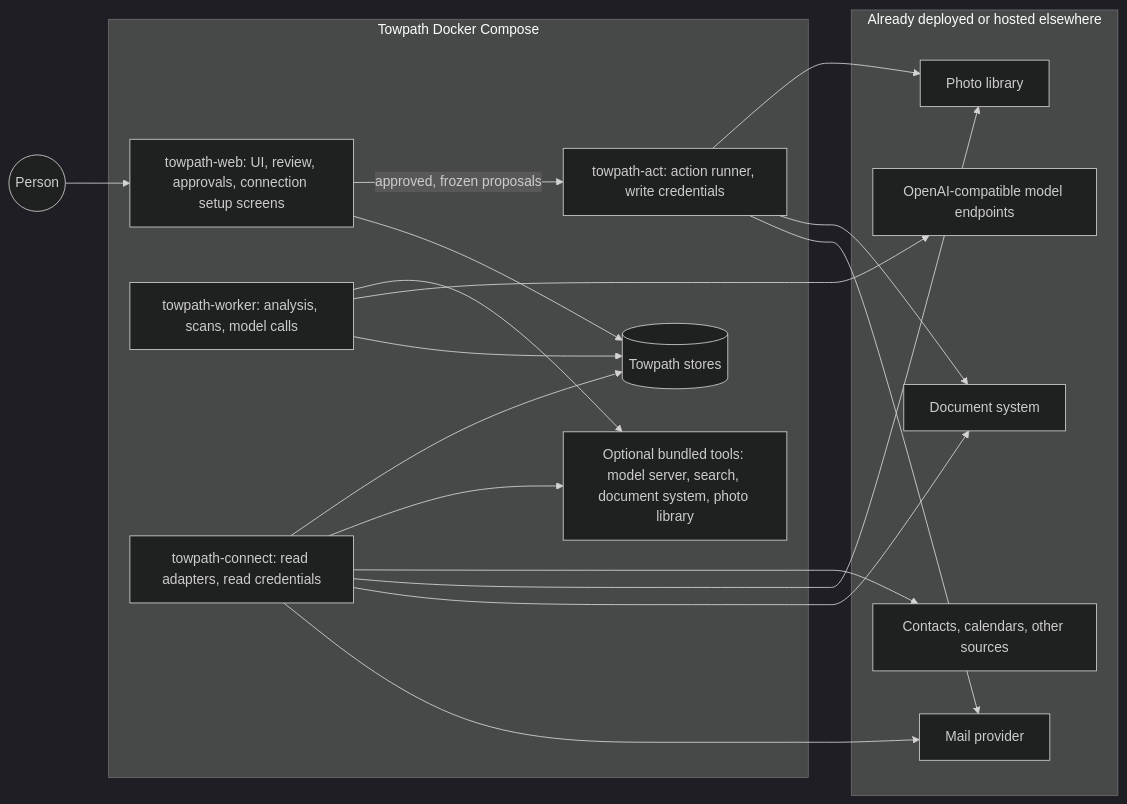
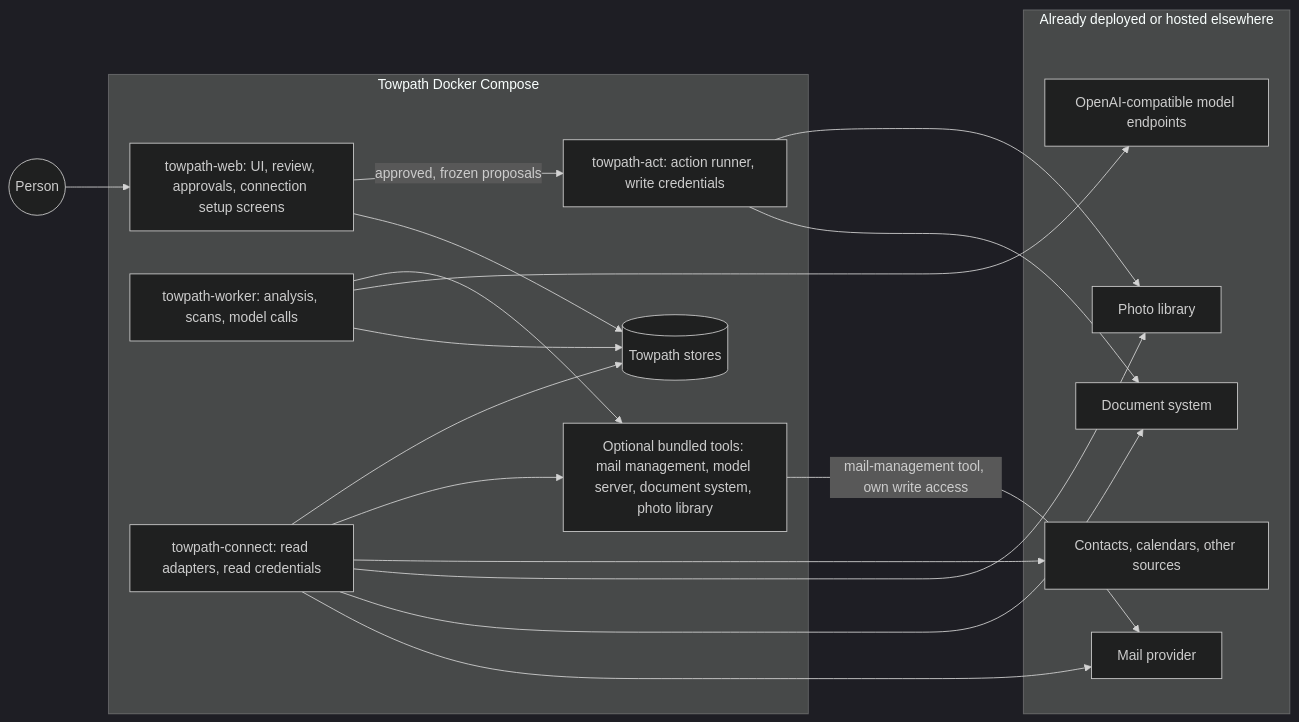
Before and after one commit to endthestart/towpath: the diagram in docs/architecture.md, drawn with Mermaid (dark theme). The commit also changed other lines of this file and 10 other files, not shown here.

First line of the commit message:
Integrate Inbox Zero as the first mail-management provider (D15)

````diff
--- a/docs/architecture.md
+++ b/docs/architecture.md
@@ -33,36 +33,36 @@
 ```mermaid
 flowchart LR
     Person((Person)) --> Web
 
     subgraph Compose[Towpath Docker Compose]
         Web[towpath-web: UI, review, approvals, connection setup screens]
         Worker[towpath-worker: analysis, scans, model calls]
         Connect[towpath-connect: read adapters, read credentials]
         Act[towpath-act: action runner, write credentials]
         DB[(Towpath stores)]
-        Bundled[Optional bundled tools: model server, search, document system, photo library]
+        Bundled[Optional bundled tools: mail management, model server, document system, photo library]
     end
 
     subgraph External[Already deployed or hosted elsewhere]
         Mail[Mail provider]
         Docs[Document system]
         Photos[Photo library]
         Other[Contacts, calendars, other sources]
         Models[OpenAI-compatible model endpoints]
     end
 
     Connect --> Mail
     Connect --> Docs
     Connect --> Photos
     Connect --> Other
     Connect --> Bundled
     Connect --> DB
     Worker --> DB
     Worker --> Models
     Worker --> Bundled
     Web --> DB
     Web -- approved, frozen proposals --> Act
-    Act --> Mail
+    Bundled -- mail-management tool, own write access --> Mail
     Act --> Docs
     Act --> Photos
 ```
````
